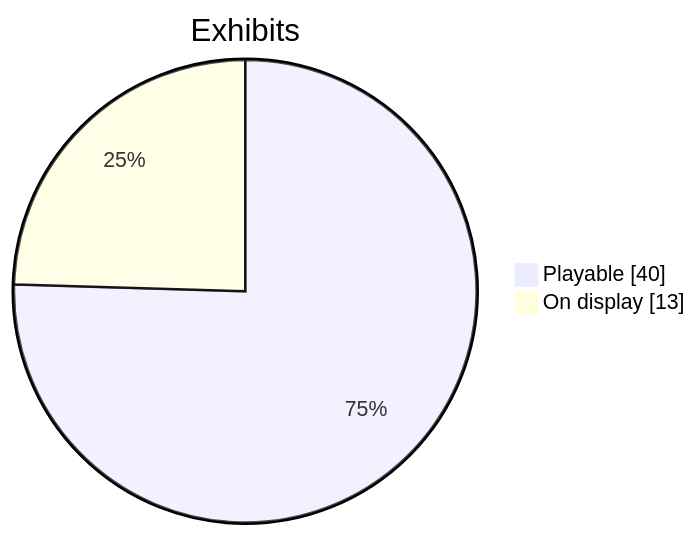
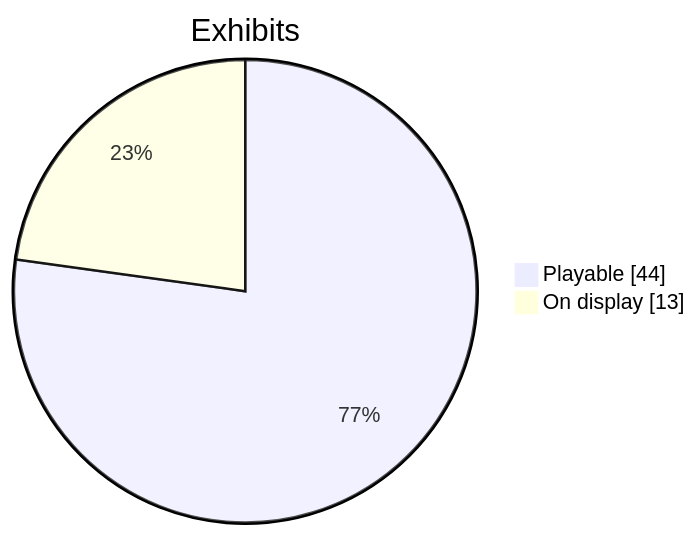
Before and after one commit to CptNope/Librarium-Archives: the second of 2 diagrams in docs/roadmap.md, drawn with Mermaid. The commit also changed other lines of this file and 15 other files, not shown here.

````diff
--- a/docs/roadmap.md
+++ b/docs/roadmap.md
@@ -19,6 +20,6 @@
 ```mermaid
 pie showData
     title Exhibits
-    "Playable" : 40
+    "Playable" : 44
     "On display" : 13
 ```
````
